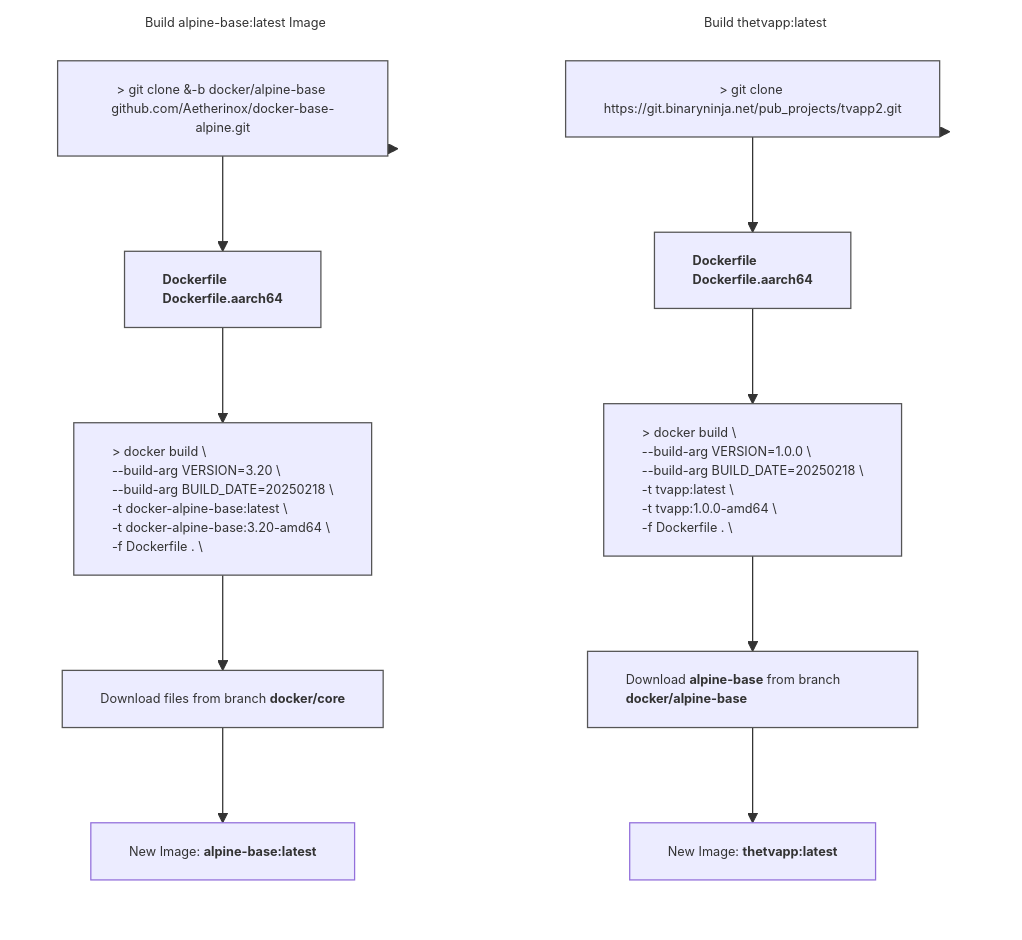
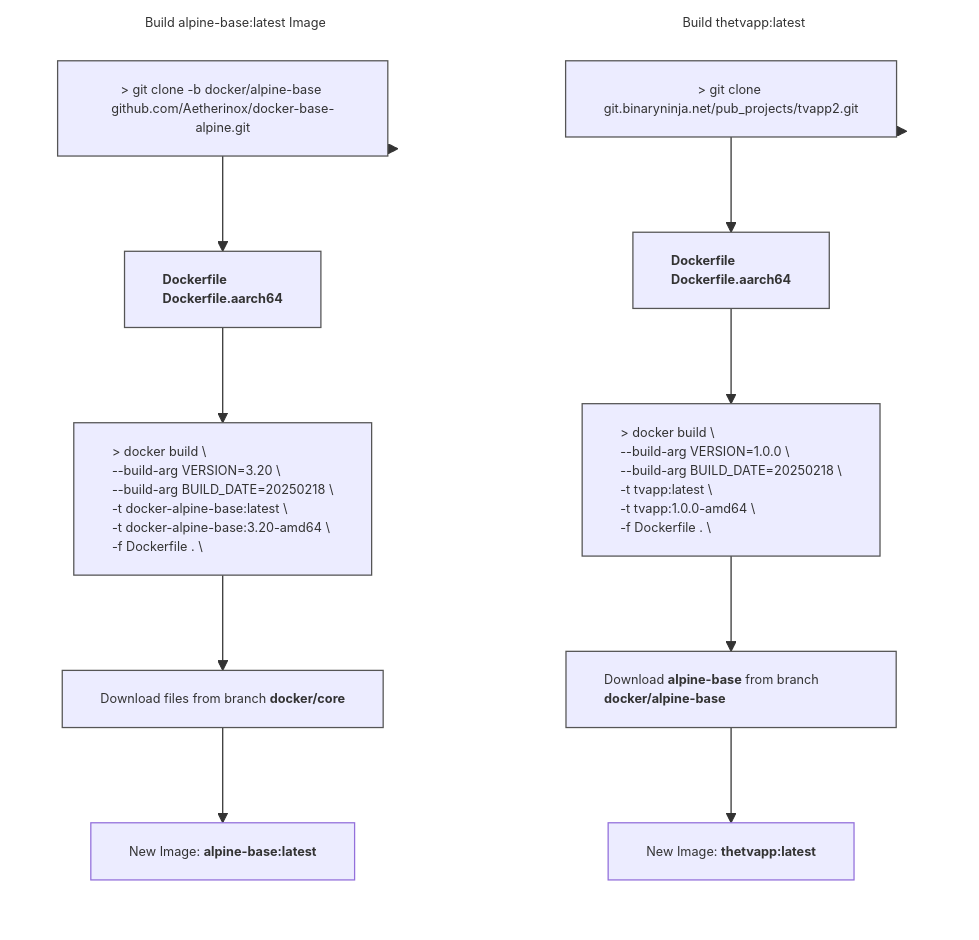
One commit to TheBinaryNinja/tvapp2 changed the second of 2 diagrams in README.md. Above: the diagram before and after it, drawn with Mermaid.

Commit message:
docs: edit chart

````diff
--- a/README.md
+++ b/README.md
@@ -125,51 +125,51 @@
 ```mermaid
 %%{init: { 'themeVariables': { 'fontSize': '10px' }}}%%
 flowchart TB
 
 subgraph GRAPH_TVAPP ["Build thetvapp:latest"]
     direction TB
-    obj_step10["`&gt; git clone https://git.binaryninja.net/pub_projects/tvapp2.git`"]
+    obj_step10["`&gt; git clone git.binaryninja.net/pub_projects/tvapp2.git`"]
     obj_step11["`**Dockerfile
      Dockerfile.aarch64**`"]
     obj_step12["`&gt; docker build &bsol;
     --build-arg VERSION=1.0.0 &bsol;
     --build-arg BUILD_DATE=20250218 &bsol;
     -t tvapp:latest &bsol;
     -t tvapp:1.0.0-amd64 &bsol;
     -f Dockerfile . &bsol;`"]
     obj_step13["`Download **alpine-base** from branch **docker/alpine-base**`"]
     obj_step14["`New Image: **thetvapp:latest**`"]
 
     style obj_step10 text-align:center,stroke-width:1px,stroke:#555
     style obj_step11 text-align:left,stroke-width:1px,stroke:#555
     style obj_step12 text-align:left,stroke-width:1px,stroke:#555
     style obj_step13 text-align:left,stroke-width:1px,stroke:#555
 end
 
 style GRAPH_TVAPP text-align:center,stroke-width:1px,stroke:transparent,fill:transparent
 
 subgraph GRAPH_ALPINE["Build alpine-base:latest Image"]
 direction TB
-    obj_step20["`&gt; git clone &#45;b docker/alpine-base github.com/Aetherinox/docker-base-alpine.git`"]
+    obj_step20["`&gt; git clone -b docker/alpine-base github.com/Aetherinox/docker-base-alpine.git`"]
     obj_step21["`**Dockerfile
      Dockerfile.aarch64**`"]
     obj_step22["`&gt; docker build &bsol;
     --build-arg VERSION=3.20 &bsol;
     --build-arg BUILD_DATE=20250218 &bsol;
     -t docker-alpine-base:latest &bsol;
     -t docker-alpine-base:3.20-amd64 &bsol;
     -f Dockerfile . &bsol;`"]
     obj_step23["`Download files from branch **docker/core**`"]
     obj_step24["`New Image: **alpine-base:latest**`"]
 
     style obj_step20 text-align:center,stroke-width:1px,stroke:#555
     style obj_step21 text-align:left,stroke-width:1px,stroke:#555
     style obj_step22 text-align:left,stroke-width:1px,stroke:#555
     style obj_step23 text-align:left,stroke-width:1px,stroke:#555
 end
 
 style GRAPH_ALPINE text-align:center,stroke-width:1px,stroke:transparent,fill:transparent
 
 GRAPH_TVAPP --> obj_step10 --> obj_step11 --> obj_step12 --> obj_step13 --> obj_step14
 GRAPH_ALPINE --> obj_step20 --> obj_step21 --> obj_step22 --> obj_step23 --> obj_step24
 ```
````
